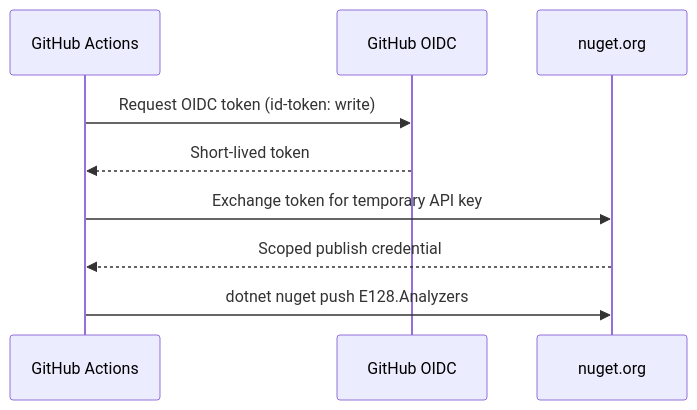
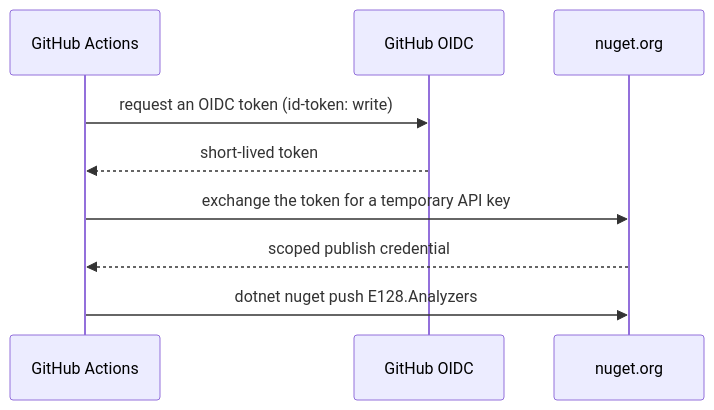
Before and after one commit to e128/dotnet-reference: the third of 4 diagrams in docs/architecture/system.md, drawn with Mermaid. The commit also changed other lines of this file and 20 other files, not shown here.

````diff
--- a/docs/architecture/system.md
+++ b/docs/architecture/system.md
@@ -99,11 +107,11 @@
 ```mermaid
 sequenceDiagram
   participant GA as GitHub Actions
   participant OIDC as GitHub OIDC
   participant NG as nuget.org
-  GA->>OIDC: Request OIDC token (id-token: write)
-  OIDC-->>GA: Short-lived token
-  GA->>NG: Exchange token for temporary API key
-  NG-->>GA: Scoped publish credential
+  GA->>OIDC: request an OIDC token (id-token: write)
+  OIDC-->>GA: short-lived token
+  GA->>NG: exchange the token for a temporary API key
+  NG-->>GA: scoped publish credential
   GA->>NG: dotnet nuget push E128.Analyzers
 ```
````
